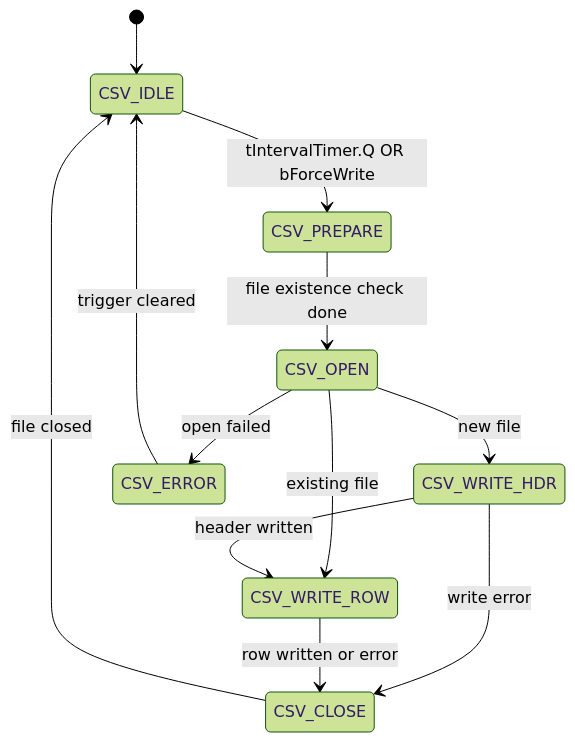
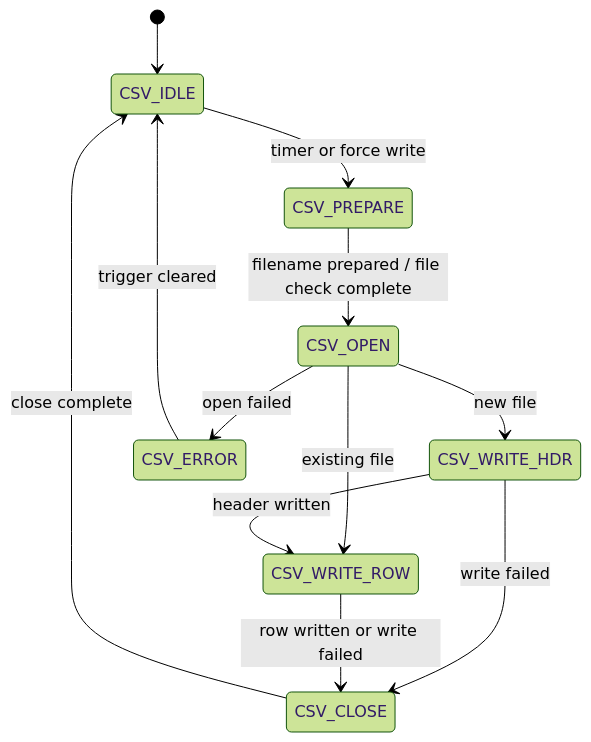
The third of 3 diagrams in docs/STATE_MACHINES.md (Awais-Mughal/Veksi_Project), drawn with Mermaid (forest theme) before and after one commit. The commit also changed other lines of this file and 10 other files, not shown here.

````diff
--- a/docs/STATE_MACHINES.md
+++ b/docs/STATE_MACHINES.md
@@ -96,14 +84,14 @@
 ```mermaid
 stateDiagram-v2
     [*] --> CSV_IDLE
-    CSV_IDLE --> CSV_PREPARE: tIntervalTimer.Q OR bForceWrite
-    CSV_PREPARE --> CSV_OPEN: file existence check done
+    CSV_IDLE --> CSV_PREPARE: timer or force write
+    CSV_PREPARE --> CSV_OPEN: filename prepared / file check complete
     CSV_OPEN --> CSV_WRITE_HDR: new file
     CSV_OPEN --> CSV_WRITE_ROW: existing file
     CSV_OPEN --> CSV_ERROR: open failed
     CSV_WRITE_HDR --> CSV_WRITE_ROW: header written
-    CSV_WRITE_HDR --> CSV_CLOSE: write error
-    CSV_WRITE_ROW --> CSV_CLOSE: row written or error
-    CSV_CLOSE --> CSV_IDLE: file closed
+    CSV_WRITE_HDR --> CSV_CLOSE: write failed
+    CSV_WRITE_ROW --> CSV_CLOSE: row written or write failed
+    CSV_CLOSE --> CSV_IDLE: close complete
     CSV_ERROR --> CSV_IDLE: trigger cleared
 ```
````
